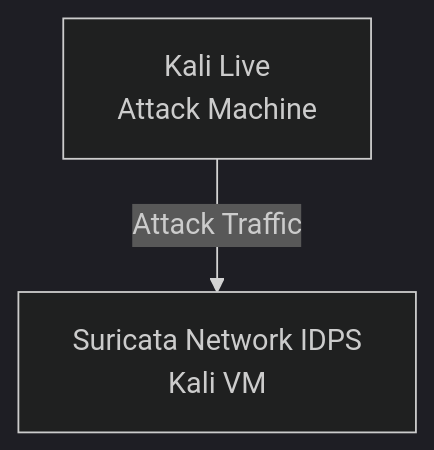
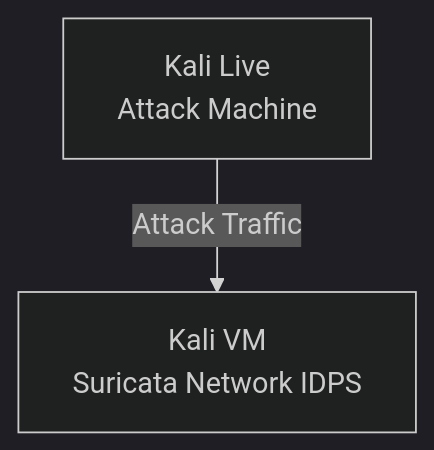
One commit to kubawp/Document-IDPS-Suricata changed the diagram in README.md. Above: the diagram before and after it, drawn with Mermaid (dark theme). The commit also changed other lines of this file, not shown here.

````diff
--- a/README.md
+++ b/README.md
@@ -20,7 +20,7 @@
 ```mermaid
 flowchart TD
     A[Kali Live<br>Attack Machine]
-    B[Suricata Network IDPS<br>Kali VM]
+    B[Kali VM<br>Suricata Network IDPS]
 
     A -->|Attack Traffic| B
 ```
````
